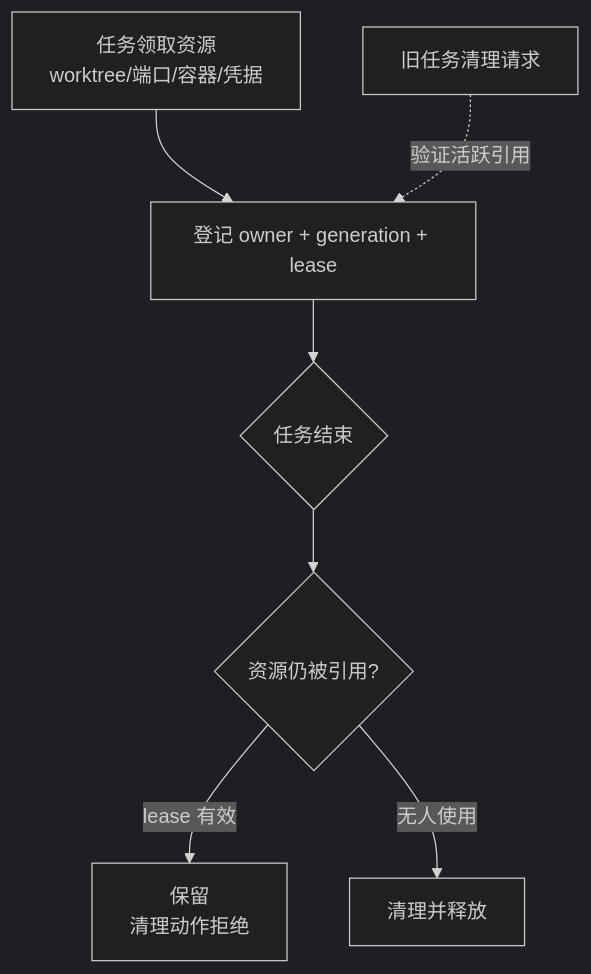
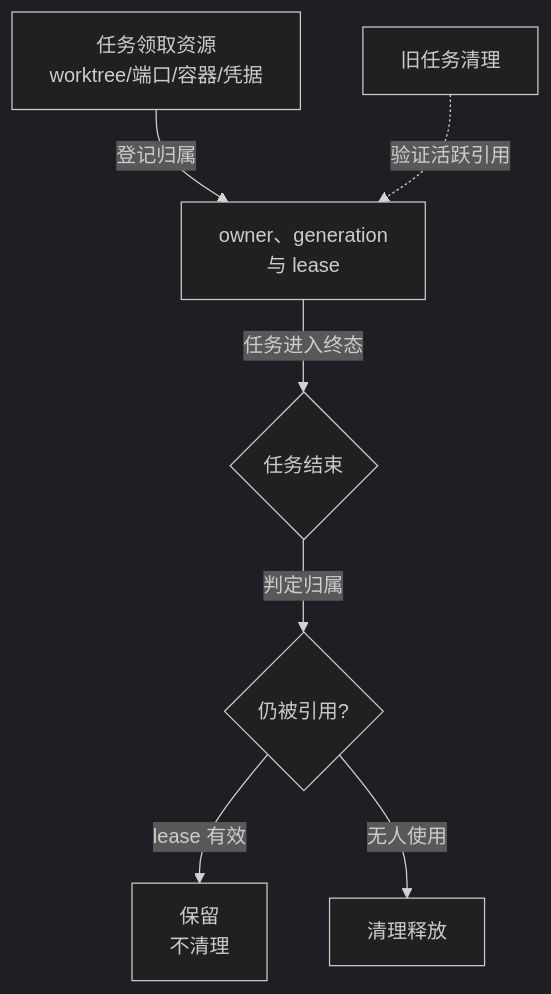
One commit to hub138/technical-knowledge changed the first of 2 diagrams in vault/工程知识/AI 系统工程：从模型能力到生产能力/安全与治理/执行证据必须独立于AI结论.md. Above: the diagram before and after it, drawn with Mermaid (dark theme). The commit also changed other lines of this file and 4 other files, not shown here.

````diff
--- a/vault/工程知识/AI 系统工程：从模型能力到生产能力/安全与治理/执行证据必须独立于AI结论.md
+++ b/vault/工程知识/AI 系统工程：从模型能力到生产能力/安全与治理/执行证据必须独立于AI结论.md
@@ -82,9 +93,9 @@
 ```mermaid
 flowchart TD
-    A[任务领取资源<br/>worktree/端口/容器/凭据] --> B[登记 owner + generation + lease]
-    B --> C{任务结束}
-    C --> D{资源仍被引用?}
-    D -->|lease 有效| E[保留<br/>清理动作拒绝]
-    D -->|无人使用| F[清理并释放]
-    G[旧任务清理请求] -.->|验证活跃引用| B
+    A[任务领取资源<br/>worktree/端口/容器/凭据] -->|登记归属| B[owner、generation<br/>与 lease]
+    B -->|任务进入终态| C{任务结束}
+    C -->|判定归属| D{仍被引用?}
+    D -->|lease 有效| E[保留<br/>不清理]
+    D -->|无人使用| F[清理释放]
+    G[旧任务清理] -.->|验证活跃引用| B
 ```
````
